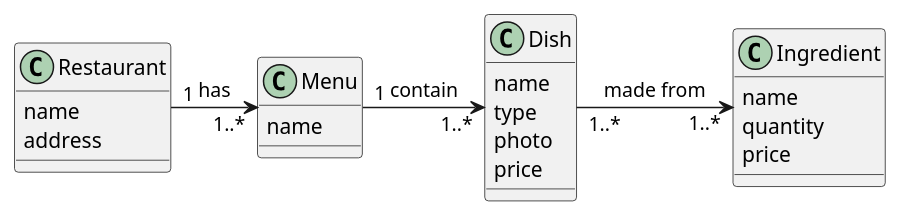
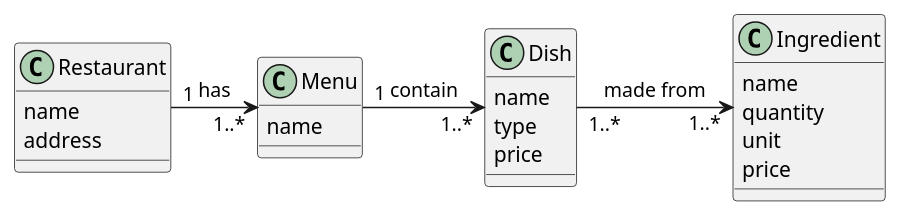
Before and after one commit to NguyetHuynh/DataOnTheWeb: the diagram in restaurant_conceptual.plantuml, drawn with PlantUML.

Commit message:
Add unit col - ingredient table, delete photo col - dish table

```diff
--- a/restaurant_conceptual.plantuml
+++ b/restaurant_conceptual.plantuml
@@ -1,30 +1,30 @@
 @startuml
    class Restaurant{
       name
       address
    }
 
    class Menu{
       name       
    }
 
    class Dish{
       name
       type
-      photo
       price
    }
 
    class Ingredient{
       name
       quantity
+      unit
       price
    }
    
    '1..* - Restaurant can have 1 or more menus'
    '1 - Menus belong to only 1 restaurant'
    Restaurant "1" -right-> "1..*" Menu : has
    Menu "1" -right-> "1..*" Dish : contain
    Dish "1..*" -right-> "1..*" Ingredient : made from
     
 @enduml
```
